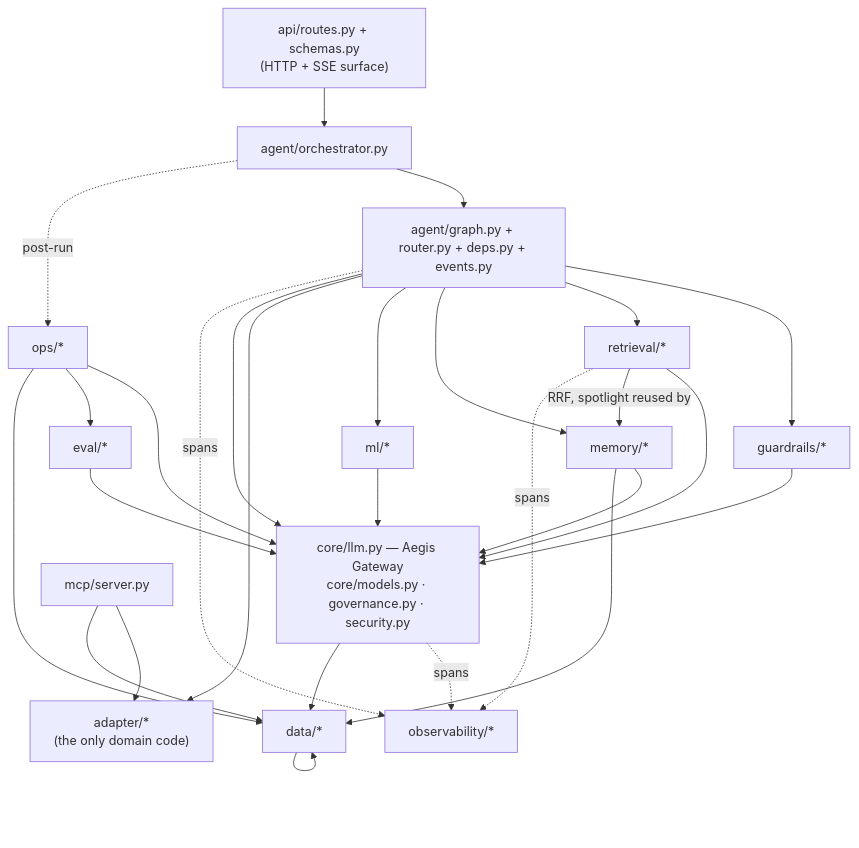
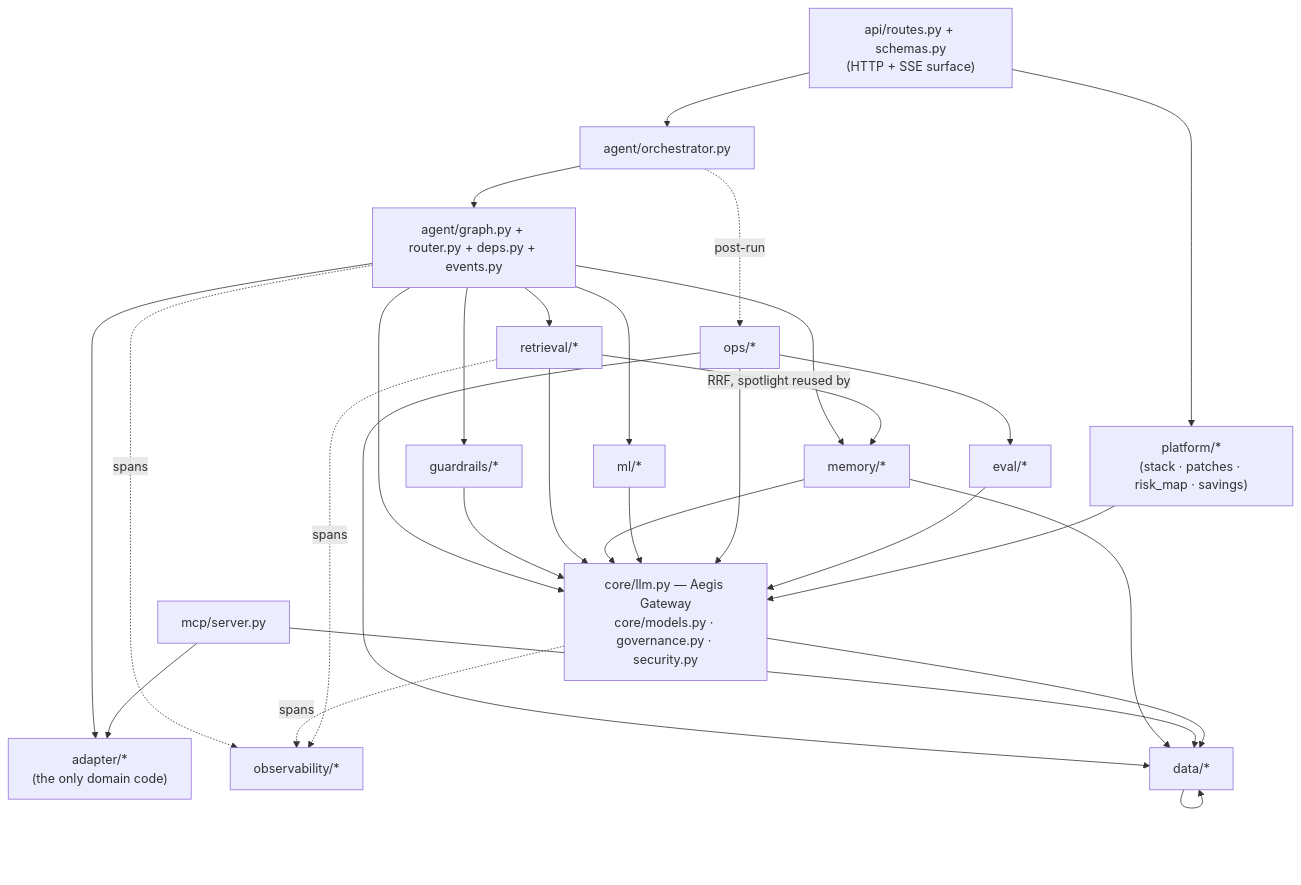
Before and after one commit to yrevash/aegis: the first of 3 diagrams in docs/learn/20-backend.md, drawn with Mermaid. The commit also changed other lines of this file and 7 other files, not shown here.

````diff
--- a/docs/learn/20-backend.md
+++ b/docs/learn/20-backend.md
@@ -11,31 +11,34 @@
 ```mermaid
 flowchart TB
     API["api/routes.py + schemas.py<br/>(HTTP + SSE surface)"]
     ORC["agent/orchestrator.py"]
     G["agent/graph.py + router.py + deps.py + events.py"]
     ADP["adapter/*<br/>(the only domain code)"]
 
     GW["core/llm.py — Aegis Gateway<br/>core/models.py · governance.py · security.py"]
     GRD["guardrails/*"]
     RET["retrieval/*"]
     MEM["memory/*"]
     ML["ml/*"]
     OPS["ops/*"]
     EVAL["eval/*"]
     OBS["observability/*"]
     DATA["data/*"]
     MCP["mcp/server.py"]
+    PLAT["platform/*<br/>(stack · patches · risk_map · savings)"]
 
     API --> ORC --> G
+    API --> PLAT
     G --> GRD & RET & MEM & ML & ADP
     G --> GW
     GRD & RET & MEM & ML & OPS & EVAL --> GW
     RET -->|RRF, spotlight reused by| MEM
     ORC -.post-run.-> OPS
     OPS --> EVAL
     OPS & MEM & DATA --> DATA
     G & GW & RET -.spans.-> OBS
     MCP --> ADP
     MCP --> DATA
     GW --> DATA
+    PLAT --> GW
 ```
````
